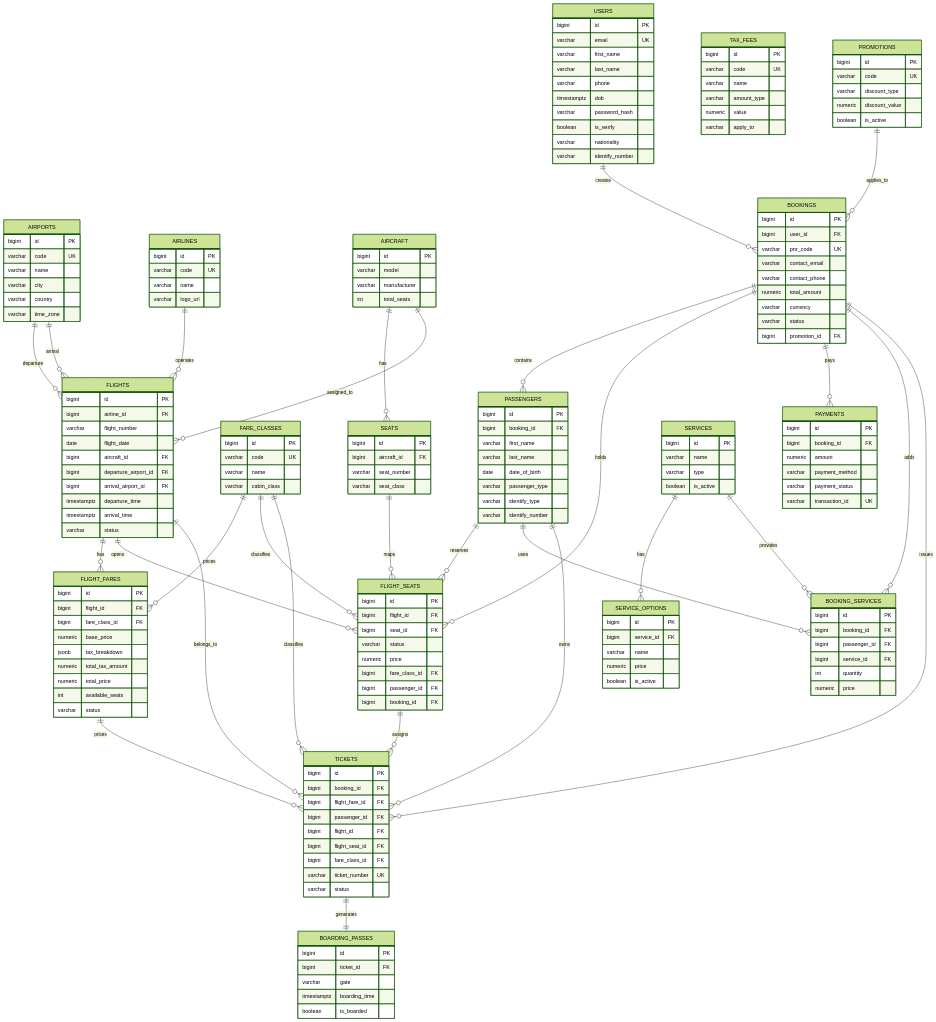
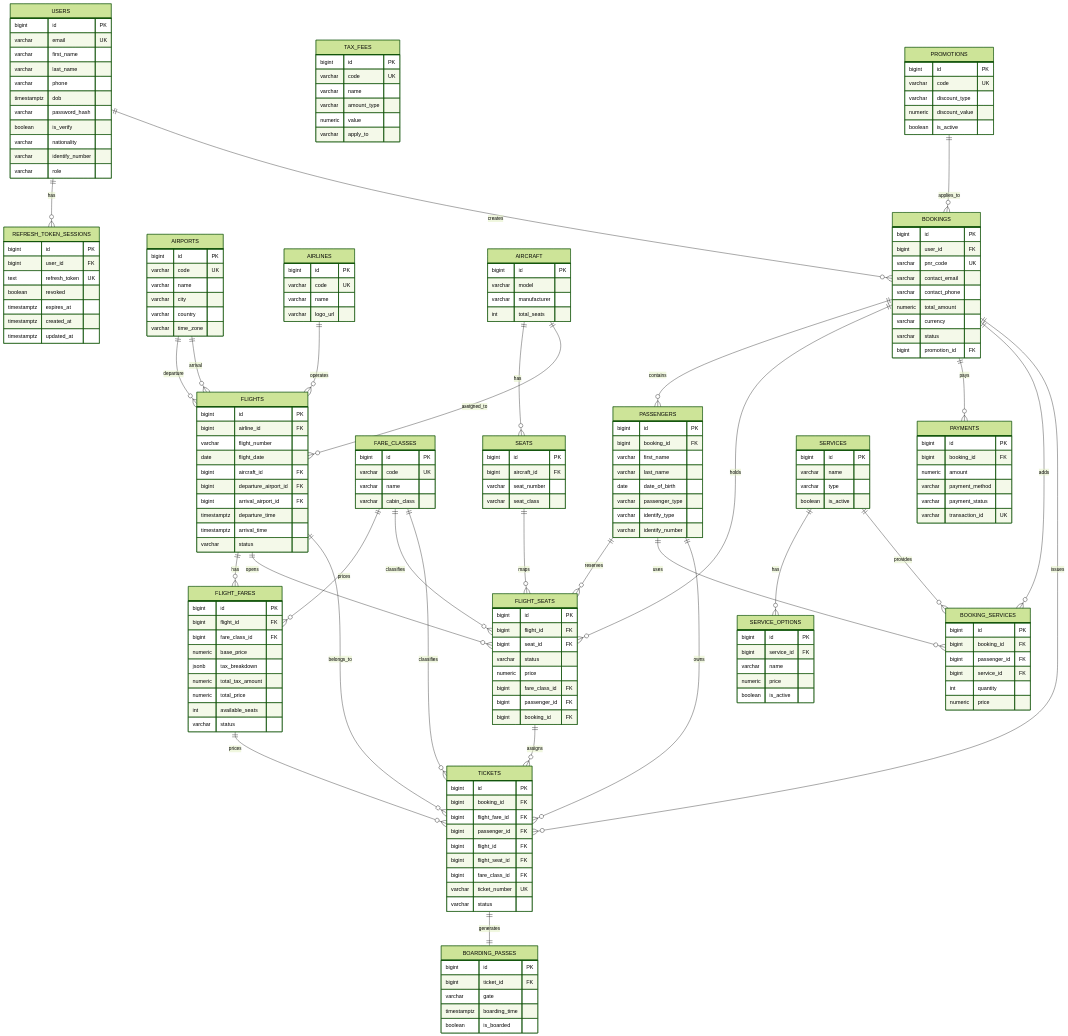
Before and after one commit to kietphan24tg-bit/AirlineBooking-BE: the diagram in README.md, drawn with Mermaid (forest theme).

Commit message:
docs: update ERD with users.role column and refresh_token_sessions table
Made-with: Cursor

```diff
--- a/README.md
+++ b/README.md
@@ -334,6 +334,17 @@
         boolean is_verify
         varchar nationality
         varchar identify_number
+        varchar role
+    }
+
+    REFRESH_TOKEN_SESSIONS {
+        bigint id PK
+        bigint user_id FK
+        text refresh_token UK
+        boolean revoked
+        timestamptz expires_at
+        timestamptz created_at
+        timestamptz updated_at
     }
 
     AIRPORTS {
@@ -509,6 +520,7 @@
     AIRCRAFT ||--o{ FLIGHTS : assigned_to
     FLIGHTS ||--o{ FLIGHT_FARES : has
     FARE_CLASSES ||--o{ FLIGHT_FARES : prices
+    USERS ||--o{ REFRESH_TOKEN_SESSIONS : has
     USERS ||--o{ BOOKINGS : creates
     PROMOTIONS ||--o{ BOOKINGS : applies_to
     BOOKINGS ||--o{ PASSENGERS : contains
```
